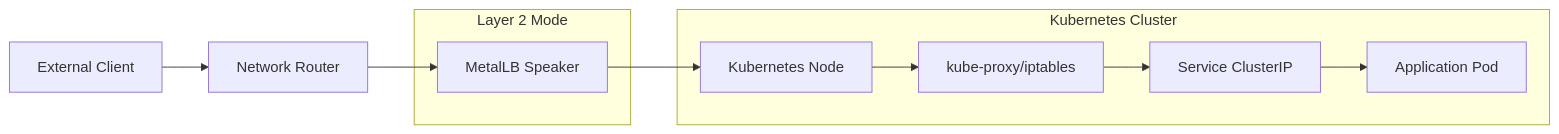
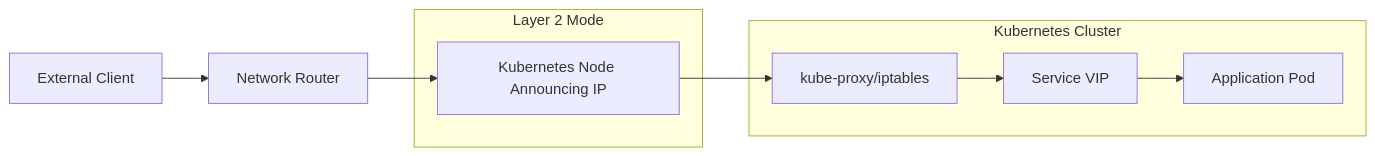
One commit to OneUptime/blog changed the first of 3 diagrams in posts/2026-01-07-metallb-traffic-not-reaching-pods/README.md. Above: the diagram before and after it, drawn with Mermaid. The commit also changed other lines of this file and 2 other files, not shown here.

````diff
--- a/posts/2026-01-07-metallb-traffic-not-reaching-pods/README.md
+++ b/posts/2026-01-07-metallb-traffic-not-reaching-pods/README.md
@@ -17,20 +17,18 @@
 ```mermaid
 flowchart LR
     Client[External Client] --> Router[Network Router]
-    Router --> Speaker[MetalLB Speaker]
-    Speaker --> Node[Kubernetes Node]
+    Router --> Node[Kubernetes Node Announcing IP]
     Node --> kube-proxy[kube-proxy/iptables]
-    kube-proxy --> Service[Service ClusterIP]
+    kube-proxy --> Service[Service VIP]
     Service --> Pod[Application Pod]
 
     subgraph "Layer 2 Mode"
-        Speaker
+        Node
     end
 
     subgraph "Kubernetes Cluster"
-        Node
         kube-proxy
         Service
         Pod
     end
 ```
````
